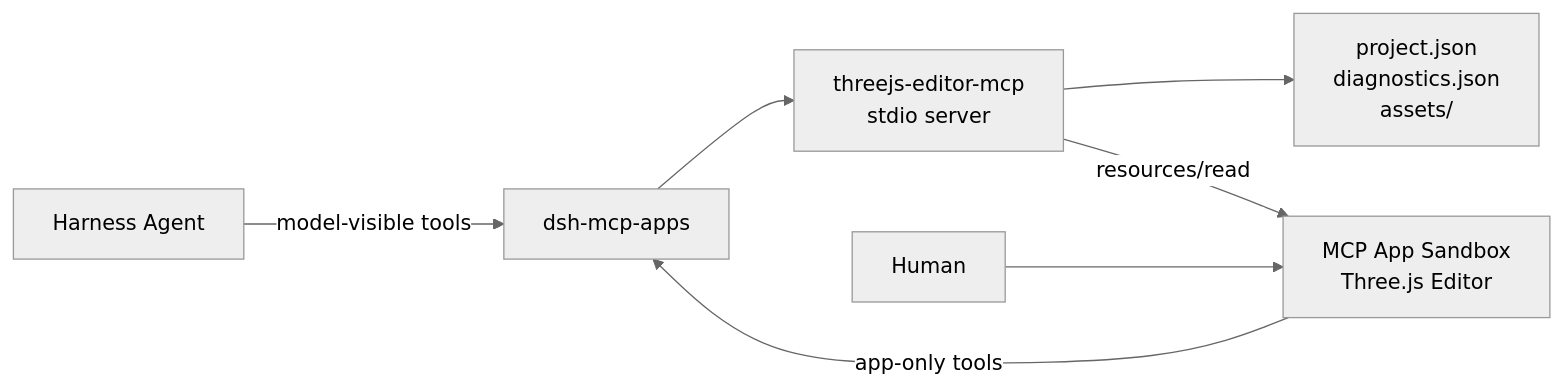
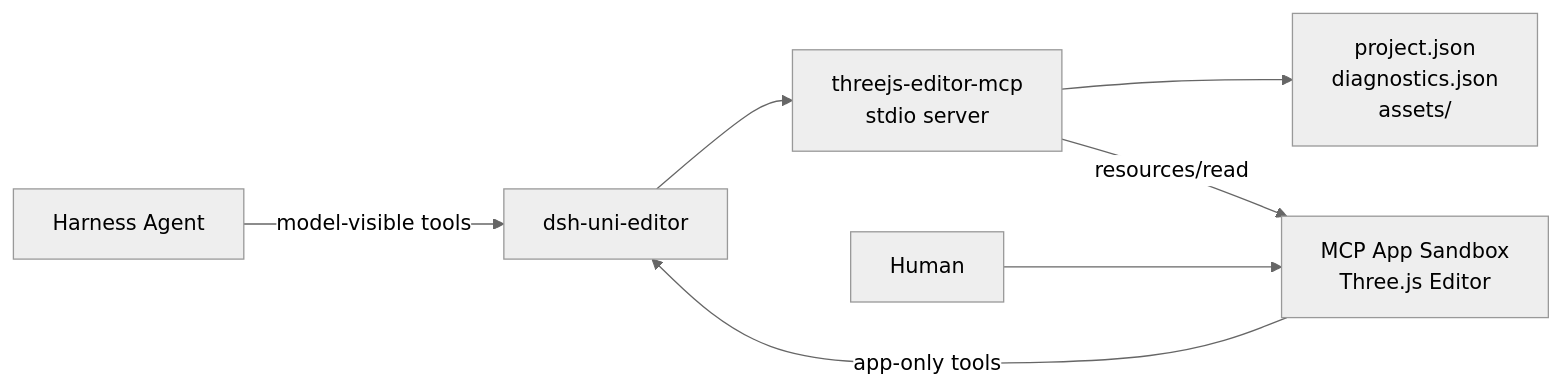
Before and after one commit to creativedswork/threejs-editor-mcp: the diagram in README.md, drawn with Mermaid (neutral theme). The commit also changed other lines of this file and 16 other files, not shown here.

Commit message:
docs: rename host to DSH Uni Editor

````diff
--- a/README.md
+++ b/README.md
@@ -13,9 +13,9 @@
 ```mermaid
 flowchart LR
-  Agent["Harness Agent"] -->|"model-visible tools"| Host["dsh-mcp-apps"]
+  Agent["Harness Agent"] -->|"model-visible tools"| Host["dsh-uni-editor"]
   Host --> Server["threejs-editor-mcp<br/>stdio server"]
   Server --> Store["project.json<br/>diagnostics.json<br/>assets/"]
   Server -->|"resources/read"| App["MCP App Sandbox<br/>Three.js Editor"]
   App -->|"app-only tools"| Host
   Human["Human"] --> App
 ```
````
